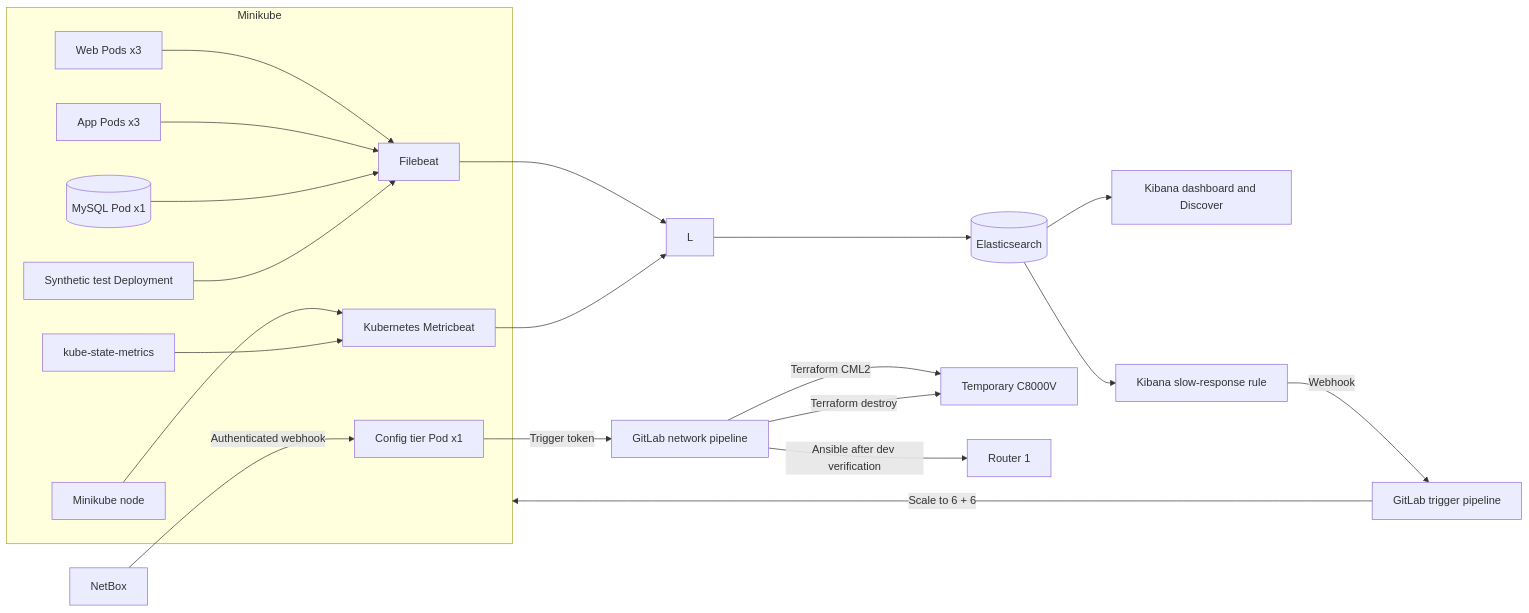
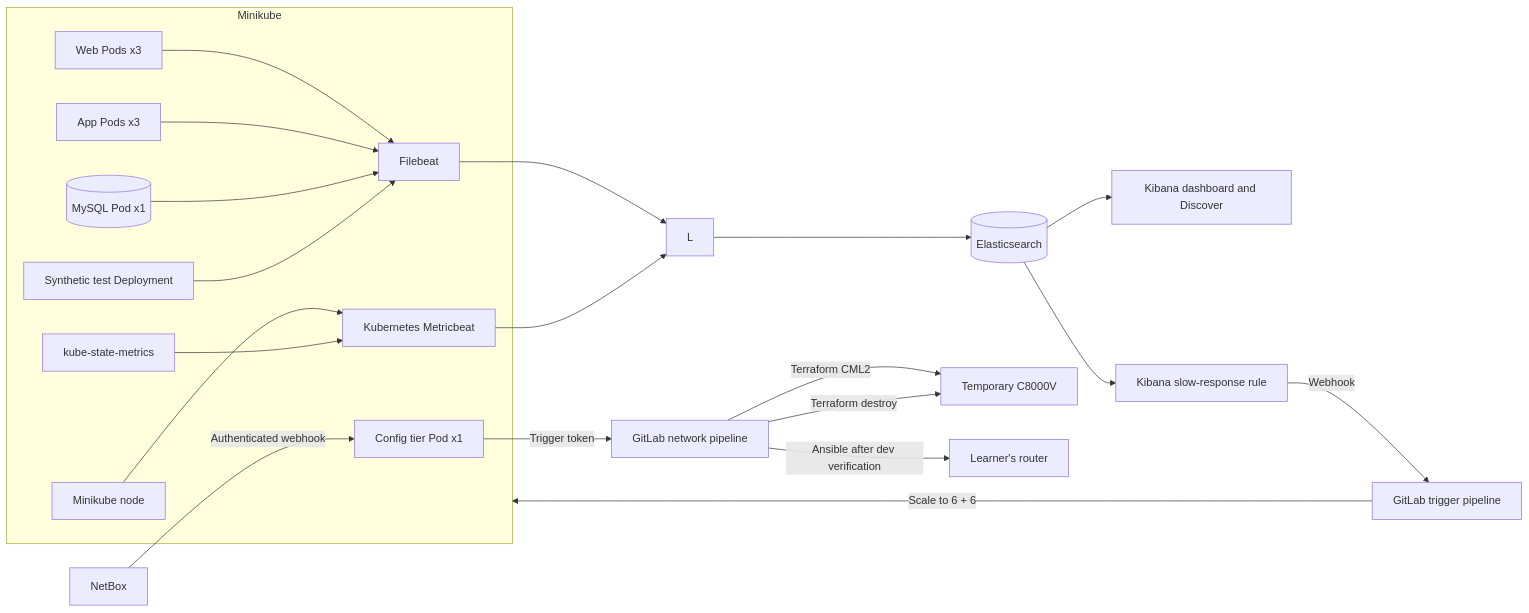
One commit to tanthanh85/devops changed the diagram in lab/Lab 08 - NetBox-Driven Network Configuration/Lab8.md. Above: the diagram before and after it, drawn with Mermaid. The commit also changed other lines of this file and 9 other files, not shown here.

````diff
--- a/lab/Lab 08 - NetBox-Driven Network Configuration/Lab8.md
+++ b/lab/Lab 08 - NetBox-Driven Network Configuration/Lab8.md
@@ -34,32 +34,32 @@
 ```mermaid
 flowchart LR
     subgraph K[Minikube]
       MN[Minikube node]
       W[Web Pods x3]
       A[App Pods x3]
       DB[(MySQL Pod x1)]
       C[Config tier Pod x1]
       S[Synthetic test Deployment]
       F[Filebeat]
       KM[Kubernetes Metricbeat]
       KS[kube-state-metrics]
       W --> F
       A --> F
       DB --> F
       S --> F
       MN --> KM
       KS --> KM
     end
     F --> L
     KM --> L
     L --> E[(Elasticsearch)]
     E --> B[Kibana dashboard and Discover]
     E --> R[Kibana slow-response rule]
     R -->|Webhook| G[GitLab trigger pipeline]
     G -->|Scale to 6 + 6| K
     NB[NetBox] -->|Authenticated webhook| C
     C -->|Trigger token| GP[GitLab network pipeline]
     GP -->|Terraform CML2| CML[Temporary C8000V]
-    GP -->|Ansible after dev verification| R1[Router 1]
+    GP -->|Ansible after dev verification| LR[Learner's router]
     GP -->|Terraform destroy| CML
 ```
````
